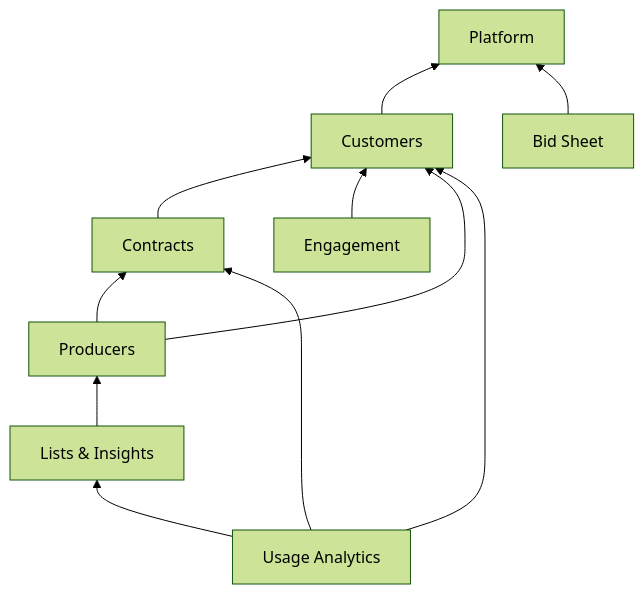
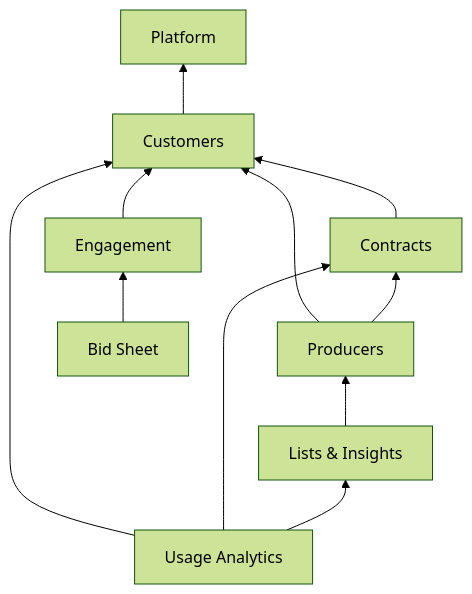
Before and after one commit to GrosseLimace/origination: the diagram in agents-docs/plans/plan-modular-architecture.md, drawn with Mermaid (forest theme). The commit also changed other lines of this file and 10 other files, not shown here.

First line of the commit message:
refactor(bid-sheet): let Bid Sheet build on Engagement for recap groups

````diff
--- a/agents-docs/plans/plan-modular-architecture.md
+++ b/agents-docs/plans/plan-modular-architecture.md
@@ -124,14 +124,14 @@
 ```mermaid
 flowchart BT
     Platform
     Customers --> Platform
     Contracts --> Customers
     Engagement --> Customers
     Producers --> Contracts
     Producers --> Customers
     Lists[Lists & Insights] --> Producers
-    BidSheet[Bid Sheet] --> Platform
+    BidSheet[Bid Sheet] --> Engagement
     Usage[Usage Analytics] --> Lists
     Usage --> Contracts
     Usage --> Customers
 ```
````
